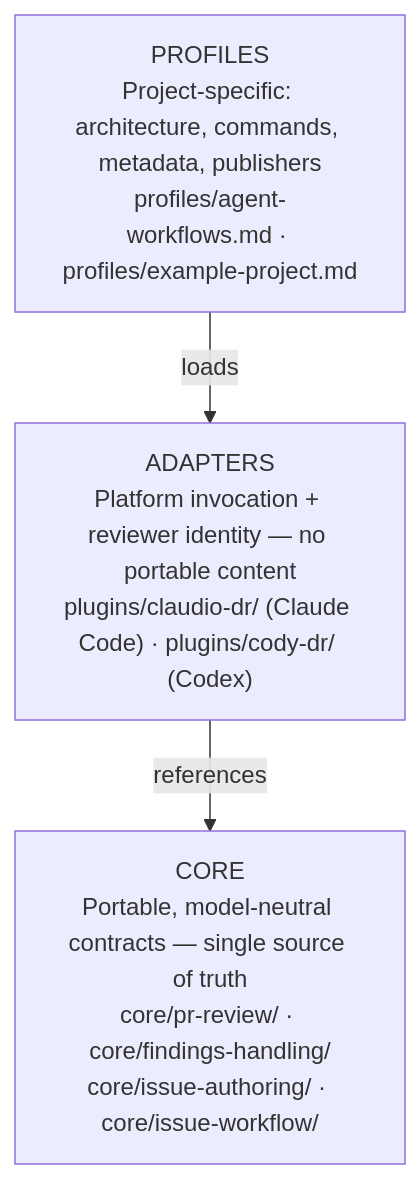
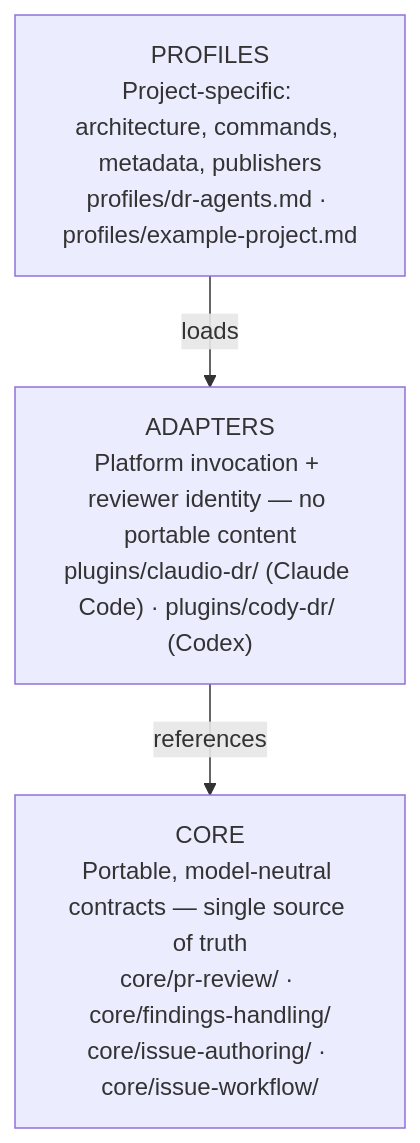
Before and after one commit to dgaramos/agent-workflows: the first of 4 diagrams in docs/architecture.md, drawn with Mermaid. The commit also changed 19 other files, not shown here.

First line of the commit message:
chore(repo): rename repository from agent-workflows to dr-agents (#225)

````diff
--- a/docs/architecture.md
+++ b/docs/architecture.md
@@ -8,8 +8,8 @@
 ```mermaid
 flowchart TD
-    P["PROFILES\nProject-specific: architecture, commands, metadata, publishers\nprofiles/agent-workflows.md · profiles/example-project.md"]
+    P["PROFILES\nProject-specific: architecture, commands, metadata, publishers\nprofiles/dr-agents.md · profiles/example-project.md"]
     A["ADAPTERS\nPlatform invocation + reviewer identity — no portable content\nplugins/claudio-dr/ (Claude Code) · plugins/cody-dr/ (Codex)"]
     C["CORE\nPortable, model-neutral contracts — single source of truth\ncore/pr-review/ · core/findings-handling/\ncore/issue-authoring/ · core/issue-workflow/"]
     P -->|"loads"| A
     A -->|"references"| C
 ```
````
